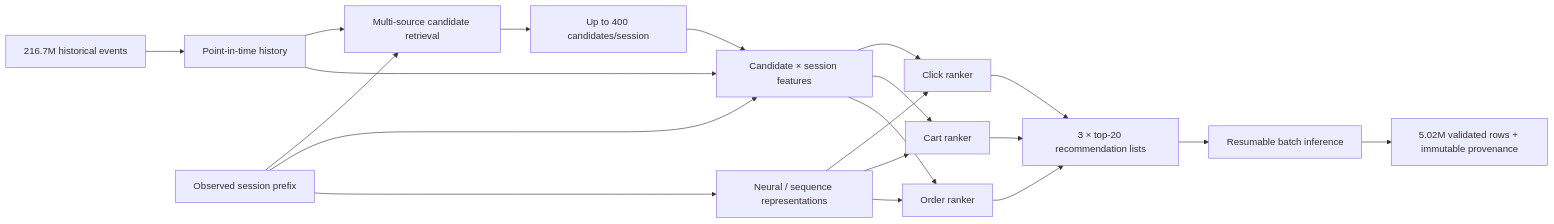
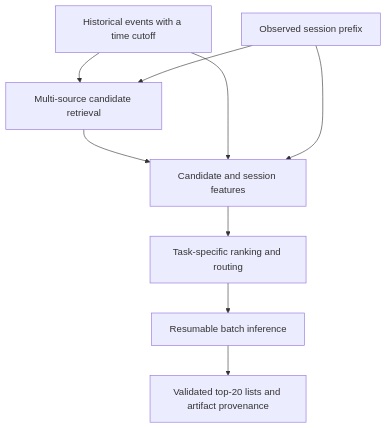
Before and after one commit to alvaromendizabal/otto-recommender-system: the diagram in README.md, drawn with Mermaid. The commit also changed other lines of this file and 25 other files, not shown here.

```diff
--- a/README.md
+++ b/README.md
@@ -49,22 +64,11 @@
 ~~~mermaid
-flowchart LR
-    A[216.7M historical events] --> H[Point-in-time history]
-    P[Observed session prefix] --> C[Multi-source candidate retrieval]
-    H --> C
-    C --> K[Up to 400 candidates/session]
-    P --> F[Candidate × session features]
+flowchart TD
+    H["Historical events with a time cutoff"] --> C["Multi-source candidate retrieval"]
+    P["Observed session prefix"] --> C
+    C --> F["Candidate and session features"]
     H --> F
-    K --> F
-    F --> R1[Click ranker]
-    F --> R2[Cart ranker]
-    F --> R3[Order ranker]
-    P --> N[Neural / sequence representations]
-    N --> R1
-    N --> R2
-    N --> R3
-    R1 --> O[3 × top-20 recommendation lists]
-    R2 --> O
-    R3 --> O
-    O --> B[Resumable batch inference]
-    B --> V[5.02M validated rows + immutable provenance]
+    P --> F
+    F --> R["Task-specific ranking and routing"]
+    R --> B["Resumable batch inference"]
+    B --> V["Validated top-20 lists and artifact provenance"]
 ~~~
```
